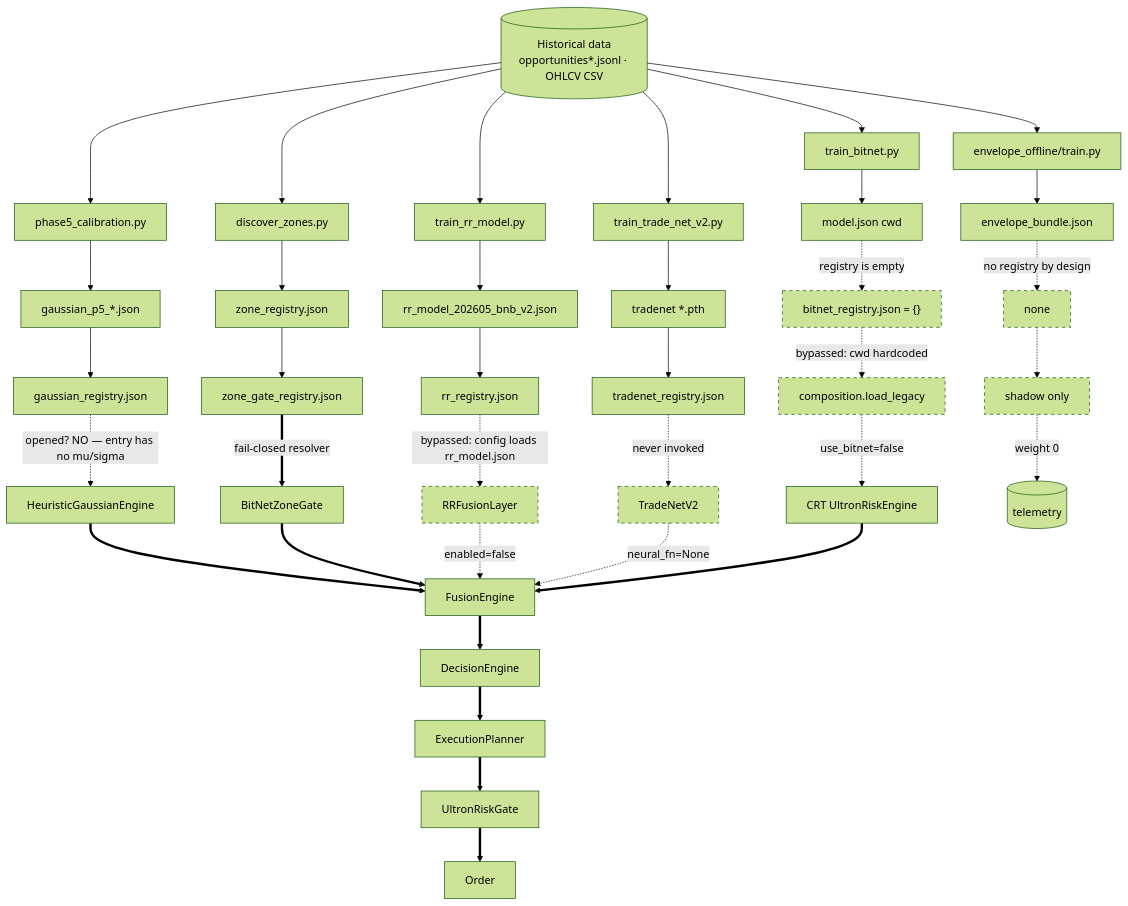
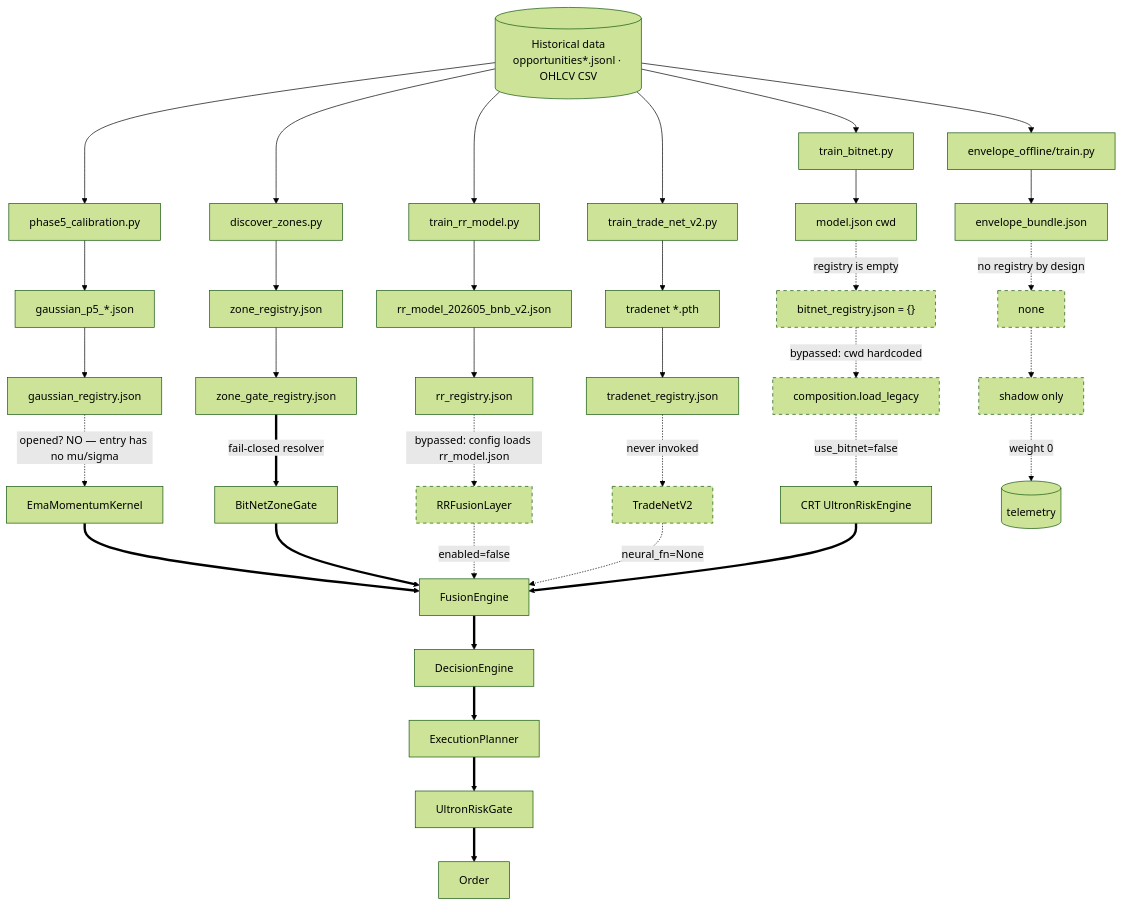
One commit to Chaithu1995-0312/TradeHlt changed the diagram in docs/governance/model_lineage_rollup.md. Above: the diagram before and after it, drawn with Mermaid (forest theme). The commit also changed other lines of this file and 280 other files, not shown here.

````diff
--- a/docs/governance/model_lineage_rollup.md
+++ b/docs/governance/model_lineage_rollup.md
@@ -426,45 +426,45 @@
 ```mermaid
 flowchart TD
   DS[("Historical data\nopportunities*.jsonl · OHLCV CSV")]
 
   DS --> TG[phase5_calibration.py]
   DS --> TZ[discover_zones.py]
   DS --> TR[train_rr_model.py]
   DS --> TB[train_bitnet.py]
   DS --> TT[train_trade_net_v2.py]
   DS --> TE[envelope_offline/train.py]
 
   TG --> AG[gaussian_p5_*.json]
   TZ --> AZ[zone_registry.json]
   TR --> AR[rr_model_202605_bnb_v2.json]
   TB --> AB[model.json cwd]
   TT --> AT[tradenet *.pth]
   TE --> AE[envelope_bundle.json]
 
   AG --> RG[gaussian_registry.json]
   AZ --> RZ[zone_gate_registry.json]
   AR --> RR[rr_registry.json]
   AB -.->|registry is empty| RB["bitnet_registry.json = {}"]
   AT --> RT[tradenet_registry.json]
   AE -.->|no registry by design| RE[none]
 
-  RG -.->|"opened? NO — entry has no mu/sigma"| LG[HeuristicGaussianEngine]
+  RG -.->|"opened? NO — entry has no mu/sigma"| LG[EmaMomentumKernel]
   RZ ==>|fail-closed resolver| LZ[BitNetZoneGate]
   RR -.->|"bypassed: config loads rr_model.json"| LR[RRFusionLayer]
   RB -.->|"bypassed: cwd hardcoded"| LB[composition.load_legacy]
   RT -.->|"never invoked"| LT[TradeNetV2]
   RE -.-> LE[shadow only]
 
   LG ==> FUS[FusionEngine]
   LZ ==> FUS
   LR -.->|enabled=false| FUS
   LB -.->|use_bitnet=false| CRT[CRT UltronRiskEngine]
   LT -.->|neural_fn=None| FUS
   LE -.->|weight 0| SIDE[(telemetry)]
 
   CRT ==> FUS
   FUS ==> DE[DecisionEngine] ==> PL[ExecutionPlanner] ==> UG[UltronRiskGate] ==> ORD[Order]
 
   classDef dead stroke-dasharray: 5 5
   class LR,LB,LT,LE,RB,RE dead
 ```
````
